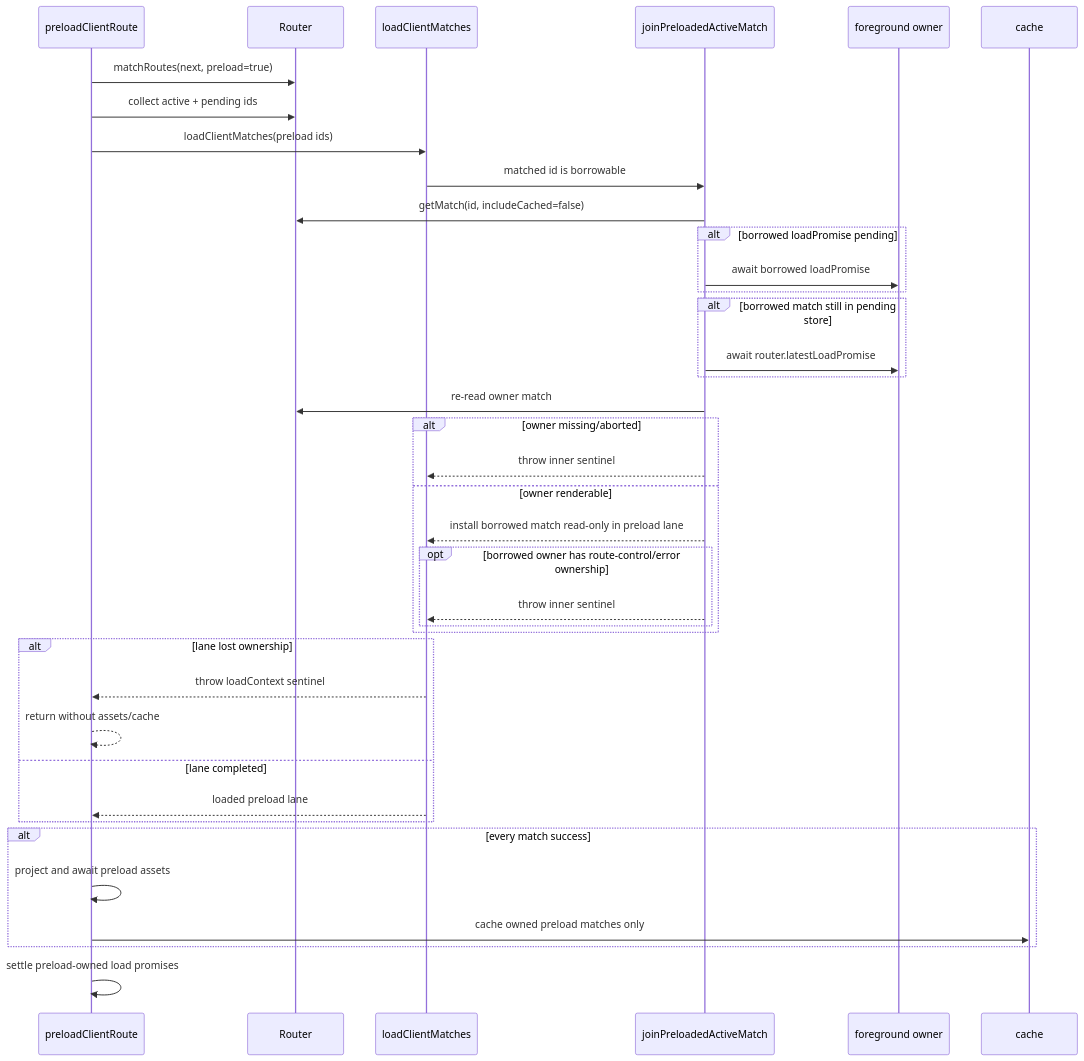
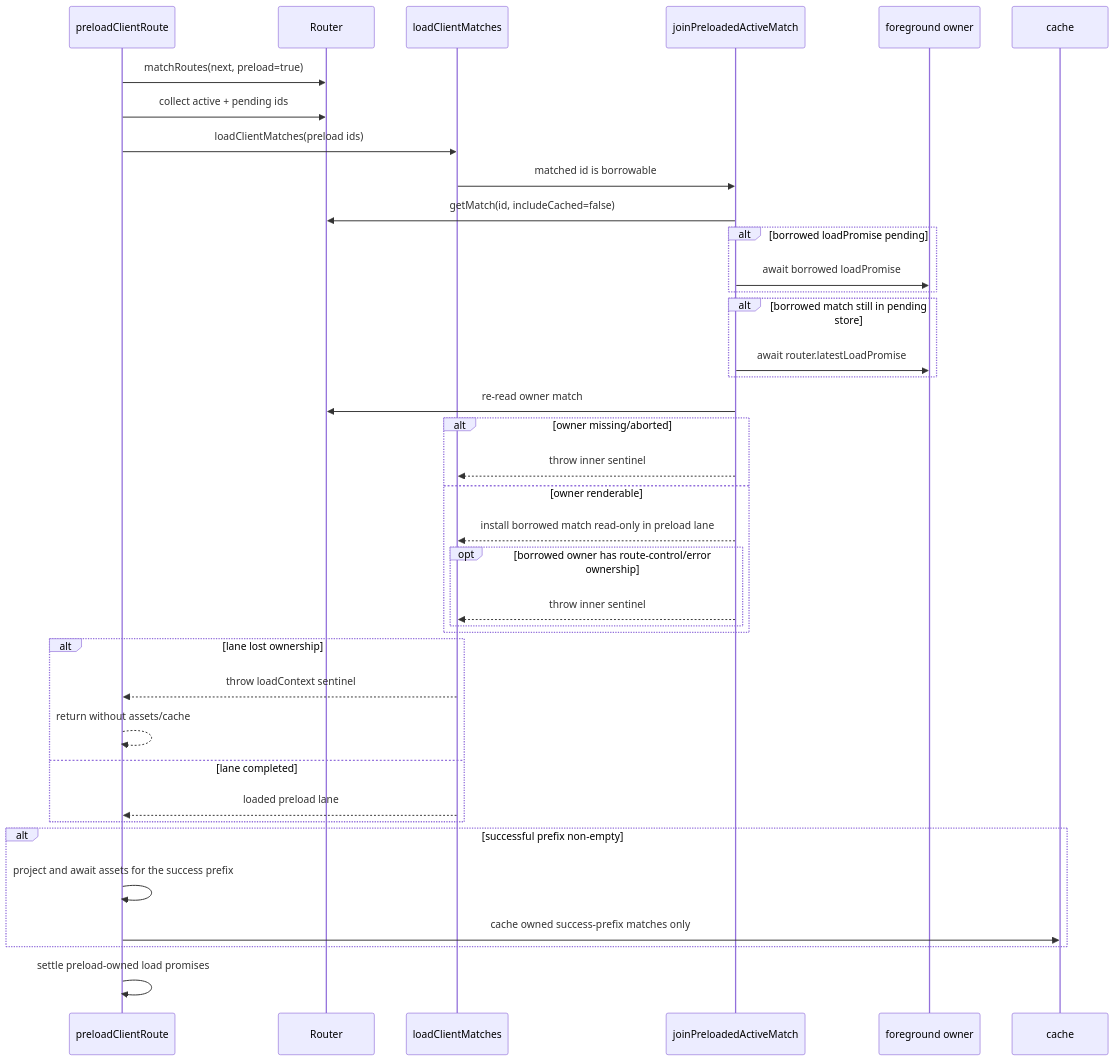
Before and after one commit to TanStack/router: the seventh of 12 diagrams in packages/router-core/INTERNALS.md, drawn with Mermaid. The commit also changed 2 other files, not shown here.

Commit message:
feat: cache the successful ancestor prefix of a failed preload
A descendant notFound/error no longer discards successful expensive
ancestor loads: the leading run of success matches is projected and
cached (owned matches only), so repeated hovers and the eventual
navigation reuse them within preloadStaleTime. Failed, pending, and
borrowed entries still never enter the cache.

````diff
--- a/packages/router-core/INTERNALS.md
+++ b/packages/router-core/INTERNALS.md
@@ -587,41 +587,41 @@
 ```mermaid
 sequenceDiagram
   participant P as preloadClientRoute
   participant R as Router
   participant L as loadClientMatches
   participant J as joinPreloadedActiveMatch
   participant F as foreground owner
   participant C as cache
 
   P->>R: matchRoutes(next, preload=true)
   P->>R: collect active + pending ids
   P->>L: loadClientMatches(preload ids)
   L->>J: matched id is borrowable
   J->>R: getMatch(id, includeCached=false)
   alt borrowed loadPromise pending
     J->>F: await borrowed loadPromise
   end
   alt borrowed match still in pending store
     J->>F: await router.latestLoadPromise
   end
   J->>R: re-read owner match
   alt owner missing/aborted
     J-->>L: throw inner sentinel
   else owner renderable
     J-->>L: install borrowed match read-only in preload lane
     opt borrowed owner has route-control/error ownership
       J-->>L: throw inner sentinel
     end
   end
   alt lane lost ownership
     L-->>P: throw loadContext sentinel
     P-->>P: return without assets/cache
   else lane completed
     L-->>P: loaded preload lane
   end
-  alt every match success
-    P->>P: project and await preload assets
-    P->>C: cache owned preload matches only
+  alt successful prefix non-empty
+    P->>P: project and await assets for the success prefix
+    P->>C: cache owned success-prefix matches only
   end
   P->>P: settle preload-owned load promises
 ```
````
